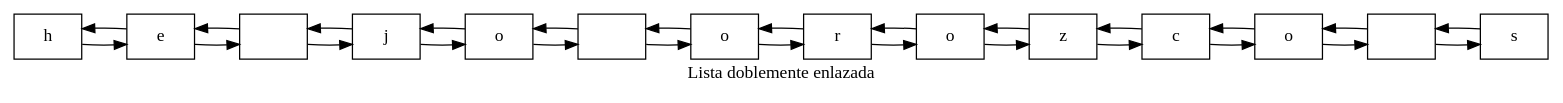
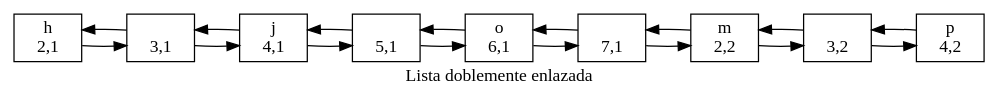
One commit to hr9457/EDD_1S2020_P1_201314296 changed the diagram in ArchivosDot/ListaDobleEnlazada.dot. Above: the diagram before and after it, drawn with Graphviz. The commit also changed 8 other files, not shown here.

```diff
--- a/ArchivosDot/ListaDobleEnlazada.dot
+++ b/ArchivosDot/ListaDobleEnlazada.dot
@@ -1,44 +1,38 @@
 digraph ListaDobleEnlazada {
 rankdir=LR;
-Nodo0[shape=box,label="h"];
-Nodo1[shape=box,label="e"];
-Nodo2[shape=box,label=" "];
-Nodo3[shape=box,label="j"];
-Nodo4[shape=box,label="o"];
-Nodo5[shape=box,label=" "];
-Nodo6[shape=box,label="o"];
-Nodo7[shape=box,label="r"];
-Nodo8[shape=box,label="o"];
-Nodo9[shape=box,label="z"];
-Nodo10[shape=box,label="c"];
-Nodo11[shape=box,label="o"];
-Nodo12[shape=box,label=" "];
-Nodo13[shape=box,label="s"];
+Nodo0[shape=box,label="h 
+2,1"];
+Nodo1[shape=box,label="  
+3,1"];
+Nodo2[shape=box,label="j 
+4,1"];
+Nodo3[shape=box,label="  
+5,1"];
+Nodo4[shape=box,label="o 
+6,1"];
+Nodo5[shape=box,label="  
+7,1"];
+Nodo6[shape=box,label="m 
+2,2"];
+Nodo7[shape=box,label="  
+3,2"];
+Nodo8[shape=box,label="p 
+4,2"];
 Nodo0->Nodo1;
 Nodo1->Nodo0;
 Nodo1->Nodo2;
 Nodo2->Nodo1;
 Nodo2->Nodo3;
 Nodo3->Nodo2;
 Nodo3->Nodo4;
 Nodo4->Nodo3;
 Nodo4->Nodo5;
 Nodo5->Nodo4;
 Nodo5->Nodo6;
 Nodo6->Nodo5;
 Nodo6->Nodo7;
 Nodo7->Nodo6;
 Nodo7->Nodo8;
 Nodo8->Nodo7;
-Nodo8->Nodo9;
-Nodo9->Nodo8;
-Nodo9->Nodo10;
-Nodo10->Nodo9;
-Nodo10->Nodo11;
-Nodo11->Nodo10;
-Nodo11->Nodo12;
-Nodo12->Nodo11;
-Nodo12->Nodo13;
-Nodo13->Nodo12;
 label = " Lista doblemente enlazada" 
 }
```
